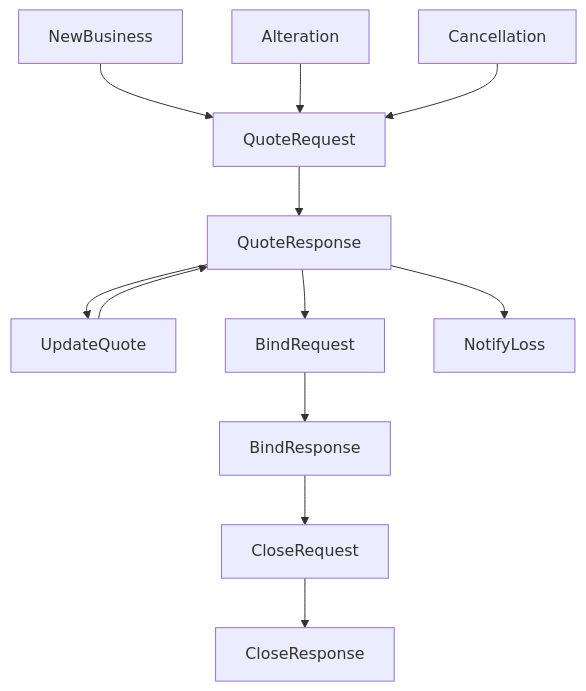
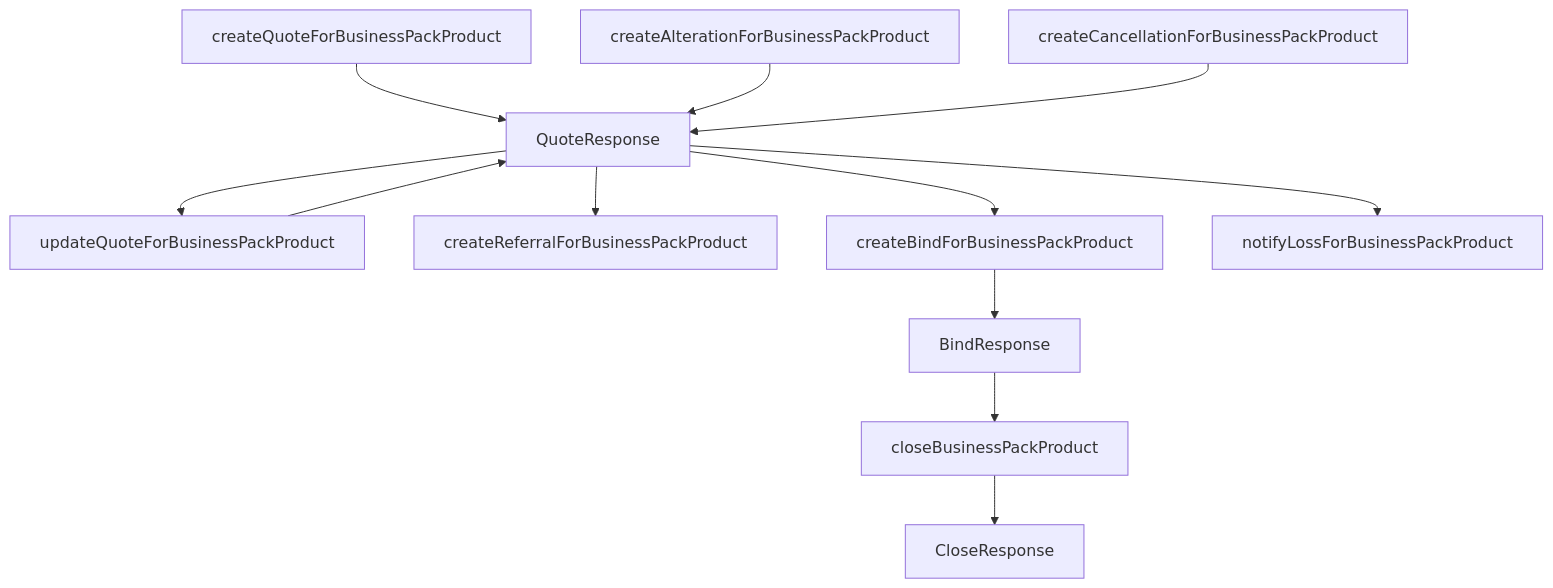
The second of 4 diagrams in bapi_model.md (mattlightbourn1/mattlightbourn1), drawn with Mermaid before and after one commit. The commit also changed other lines of this file, not shown here.

````diff
--- a/bapi_model.md
+++ b/bapi_model.md
@@ -36,14 +53,14 @@
 ```mermaid
   graph TD;
-      NewBusiness-->QuoteRequest;
-      Alteration-->QuoteRequest;
-      Cancellation-->QuoteRequest;
-      QuoteRequest-->QuoteResponse;
-      QuoteResponse-->UpdateQuote;
-      UpdateQuote-->QuoteResponse;
-      QuoteResponse-->BindRequest;
-      BindRequest-->BindResponse;
-      BindResponse-->CloseRequest;
-      CloseRequest-->CloseResponse;
-      QuoteResponse-->NotifyLoss
+      createQuoteForBusinessPackProduct-->QuoteResponse;
+      createAlterationForBusinessPackProduct-->QuoteResponse;
+      createCancellationForBusinessPackProduct-->QuoteResponse;
+      QuoteResponse-->updateQuoteForBusinessPackProduct;
+      updateQuoteForBusinessPackProduct-->QuoteResponse;
+      QuoteResponse-->createReferralForBusinessPackProduct;
+      QuoteResponse-->createBindForBusinessPackProduct;
+      createBindForBusinessPackProduct-->BindResponse;
+      BindResponse-->closeBusinessPackProduct;
+      closeBusinessPackProduct-->CloseResponse;
+      QuoteResponse-->notifyLossForBusinessPackProduct
 ```
````
